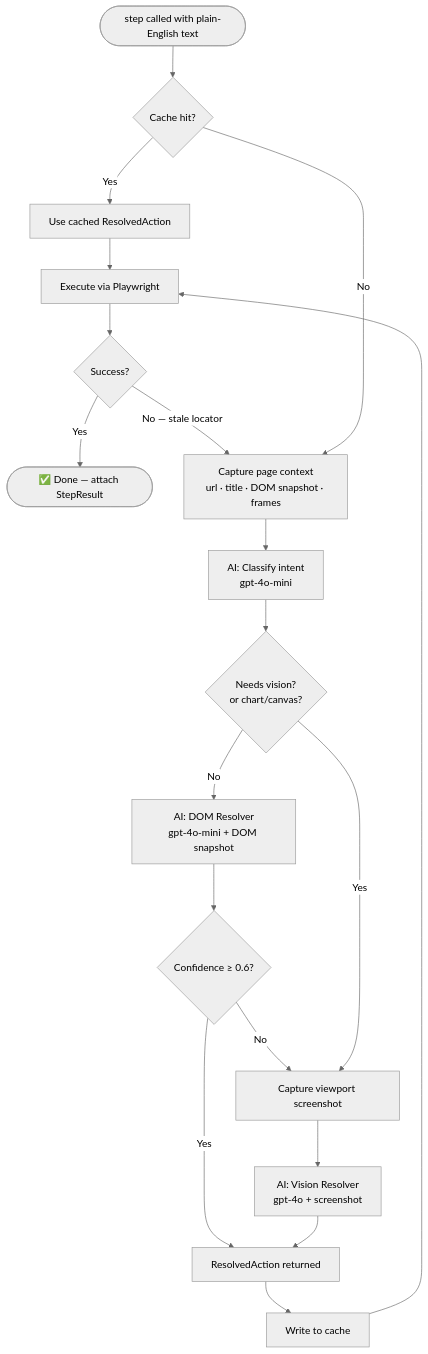
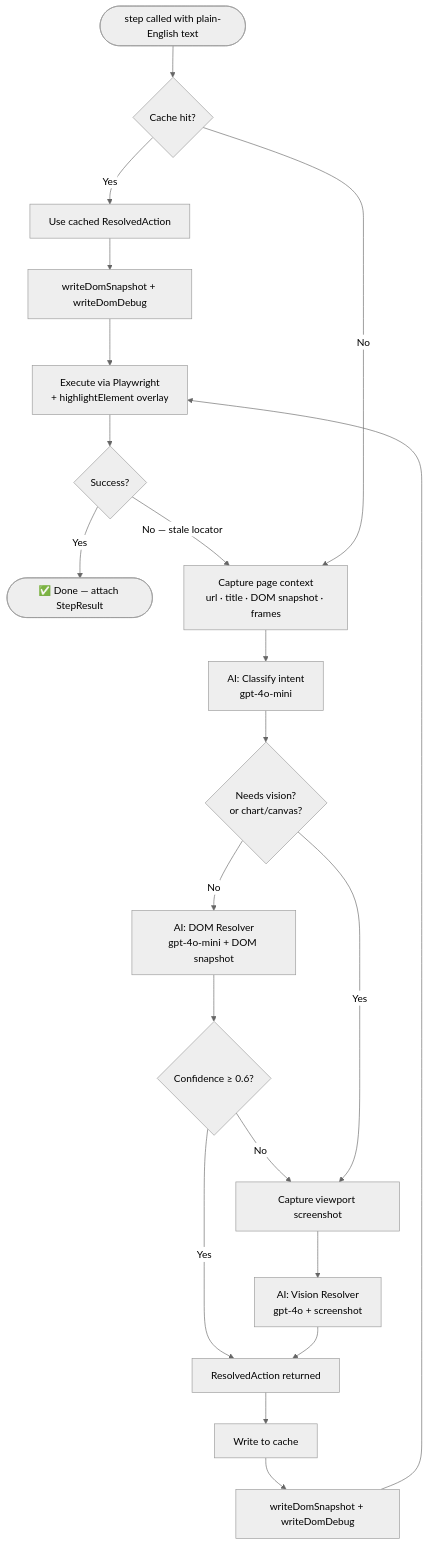
One commit to vtanathip/sdet-handbook changed the second of 7 diagrams in examples/prompt-testing/API/workflow.md. Above: the diagram before and after it, drawn with Mermaid (neutral theme). The commit also changed other lines of this file and 5 other files, not shown here.

````diff
--- a/examples/prompt-testing/API/workflow.md
+++ b/examples/prompt-testing/API/workflow.md
@@ -56,26 +62,28 @@
 ```mermaid
 flowchart TD
     A([step called with plain-English text]) --> B{Cache hit?}
 
     B -->|Yes| C[Use cached ResolvedAction]
-    C --> D[Execute via Playwright]
+    C --> CE[writeDomSnapshot + writeDomDebug]
+    CE --> D[Execute via Playwright\n+ highlightElement overlay]
     D --> E{Success?}
     E -->|Yes| Z([✅ Done — attach StepResult])
     E -->|No — stale locator| F
 
     B -->|No| F[Capture page context\nurl · title · DOM snapshot · frames]
     F --> G[AI: Classify intent\ngpt-4o-mini]
     G --> H{Needs vision?\nor chart/canvas?}
 
     H -->|No| I[AI: DOM Resolver\ngpt-4o-mini + DOM snapshot]
     I --> J{Confidence ≥ 0.6?}
     J -->|Yes| K[ResolvedAction returned]
     J -->|No| L
 
     H -->|Yes| L[Capture viewport screenshot]
     L --> M[AI: Vision Resolver\ngpt-4o + screenshot]
     M --> K
 
     K --> N[Write to cache]
-    N --> D
+    N --> NE[writeDomSnapshot + writeDomDebug]
+    NE --> D
 ```
````
